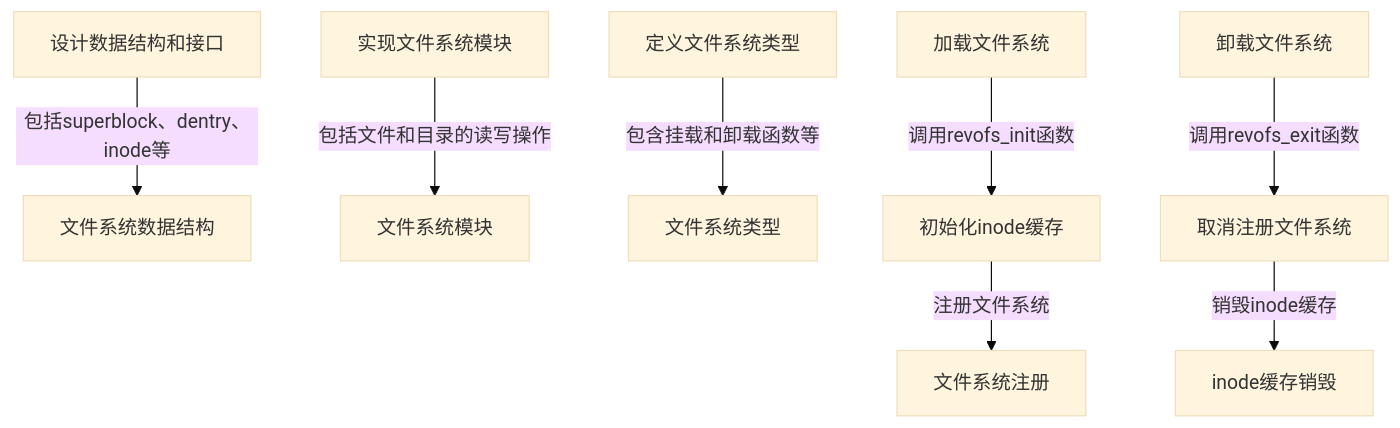
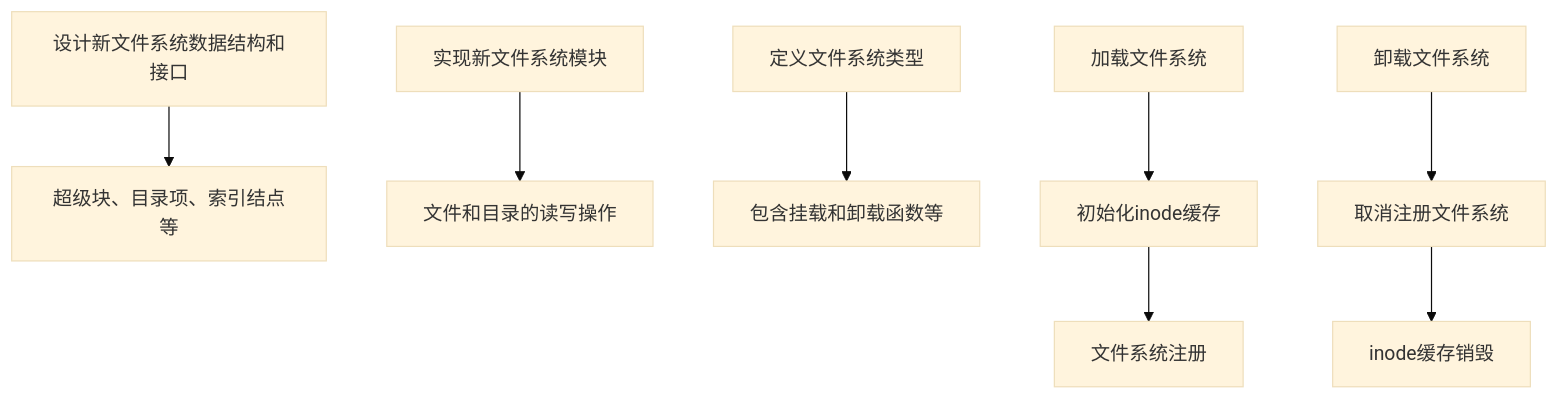
The first of 4 diagrams in README.md (dekrt/revoFS), drawn with Mermaid (base theme) before and after one commit. The commit also changed other lines of this file and 11 other files, not shown here.

````diff
--- a/README.md
+++ b/README.md
@@ -122,15 +105,15 @@
 ```mermaid
 graph TB
-  DS["设计数据结构和接口"]
-  DS -- "包括superblock、dentry、inode等" --> DS1["文件系统数据结构"]
-  DI["实现文件系统模块"]
-  DI -- "包括文件和目录的读写操作" --> DI1["文件系统模块"]
+  DS["设计新文件系统数据结构和接口"]
+  DS --> DS1["超级块、目录项、索引结点等"]
+  DI["实现新文件系统模块"]
+  DI --> DI1["文件和目录的读写操作"]
   FS["定义文件系统类型"]
-  FS -- "包含挂载和卸载函数等" --> FS1["文件系统类型"]
+  FS --> FS1["包含挂载和卸载函数等"]
   LI["加载文件系统"]
-  LI -- "调用revofs_init函数" --> LI1["初始化inode缓存"]
-  LI1 -- "注册文件系统" --> LI2["文件系统注册"]
+  LI  --> LI1["初始化inode缓存"]
+  LI1 --> LI2["文件系统注册"]
   UI["卸载文件系统"]
-  UI -- "调用revofs_exit函数" --> UI1["取消注册文件系统"]
-  UI1 -- "销毁inode缓存" --> UI2["inode缓存销毁"]
+  UI --> UI1["取消注册文件系统"]
+  UI1 --> UI2["inode缓存销毁"]	
 ```
````
